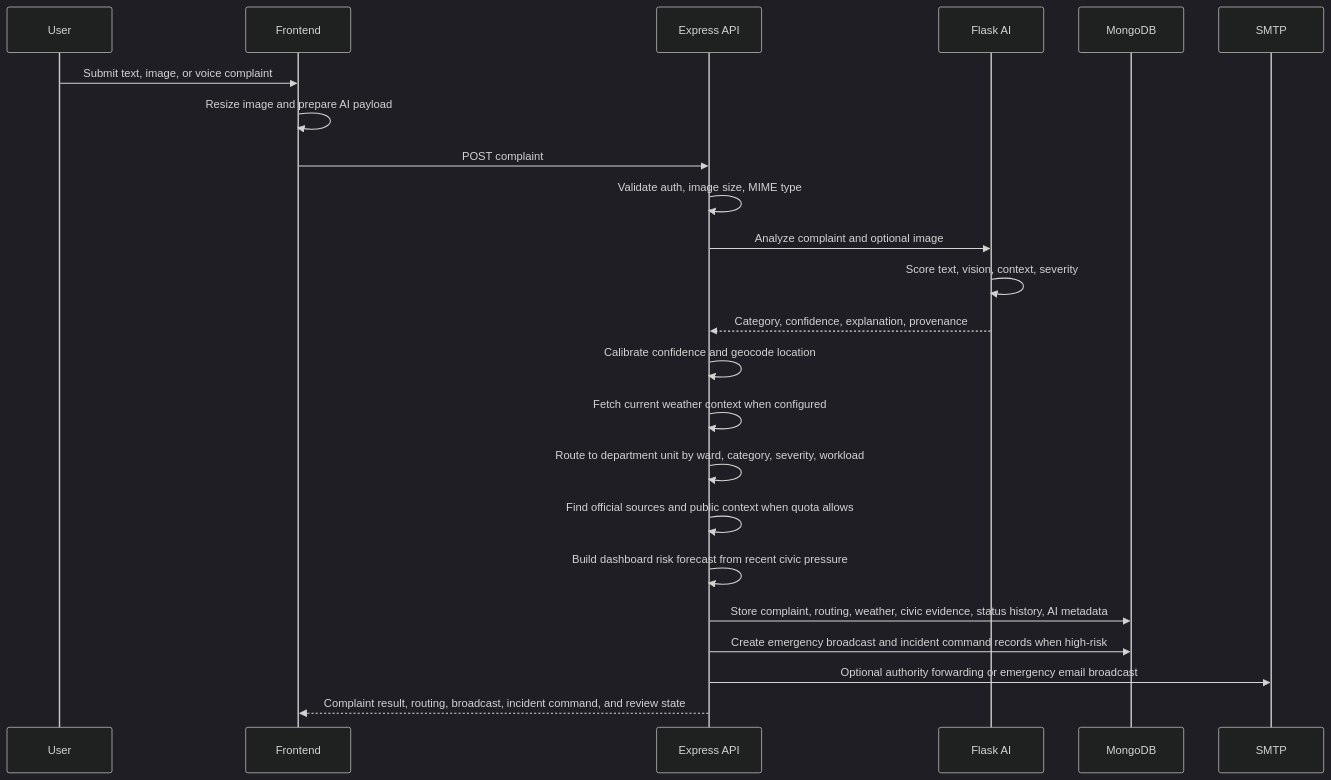
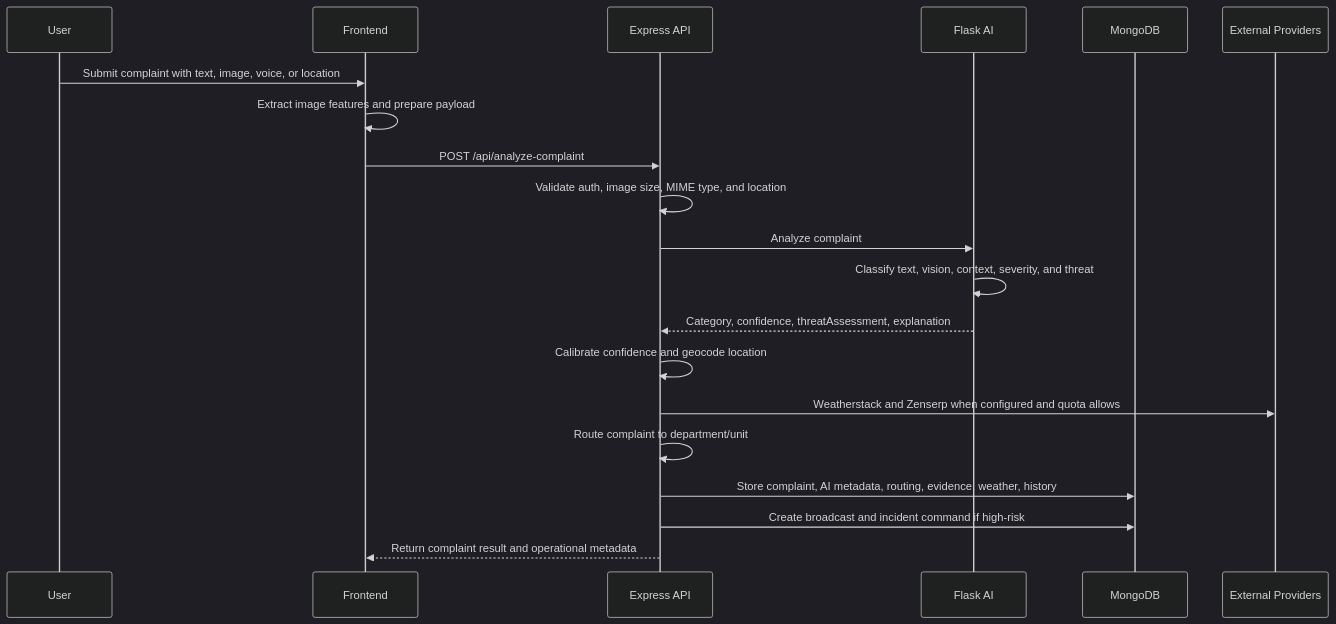
One commit to Shreyas0047/Urban-Pulse-Ai changed the second of 2 diagrams in README.md. Above: the diagram before and after it, drawn with Mermaid (dark theme). The commit also changed other lines of this file and 20 other files, not shown here.

````diff
--- a/README.md
+++ b/README.md
@@ -56,26 +123,23 @@
 ```mermaid
 sequenceDiagram
     participant U as User
     participant FE as Frontend
     participant API as Express API
     participant AI as Flask AI
     participant DB as MongoDB
-    participant Mail as SMTP
+    participant EXT as External Providers
 
-    U->>FE: Submit text, image, or voice complaint
-    FE->>FE: Resize image and prepare AI payload
-    FE->>API: POST complaint
-    API->>API: Validate auth, image size, MIME type
-    API->>AI: Analyze complaint and optional image
-    AI->>AI: Score text, vision, context, severity
-    AI-->>API: Category, confidence, explanation, provenance
+    U->>FE: Submit complaint with text, image, voice, or location
+    FE->>FE: Extract image features and prepare payload
+    FE->>API: POST /api/analyze-complaint
+    API->>API: Validate auth, image size, MIME type, and location
+    API->>AI: Analyze complaint
+    AI->>AI: Classify text, vision, context, severity, and threat
+    AI-->>API: Category, confidence, threatAssessment, explanation
     API->>API: Calibrate confidence and geocode location
-    API->>API: Fetch current weather context when configured
-    API->>API: Route to department unit by ward, category, severity, workload
-    API->>API: Find official sources and public context when quota allows
-    API->>API: Build dashboard risk forecast from recent civic pressure
-    API->>DB: Store complaint, routing, weather, civic evidence, status history, AI metadata
-    API->>DB: Create emergency broadcast and incident command records when high-risk
-    API->>Mail: Optional authority forwarding or emergency email broadcast
-    API-->>FE: Complaint result, routing, broadcast, incident command, and review state
+    API->>EXT: Weatherstack and Zenserp when configured and quota allows
+    API->>API: Route complaint to department/unit
+    API->>DB: Store complaint, AI metadata, routing, evidence, weather, history
+    API->>DB: Create broadcast and incident command if high-risk
+    API-->>FE: Return complaint result and operational metadata
 ```
````
